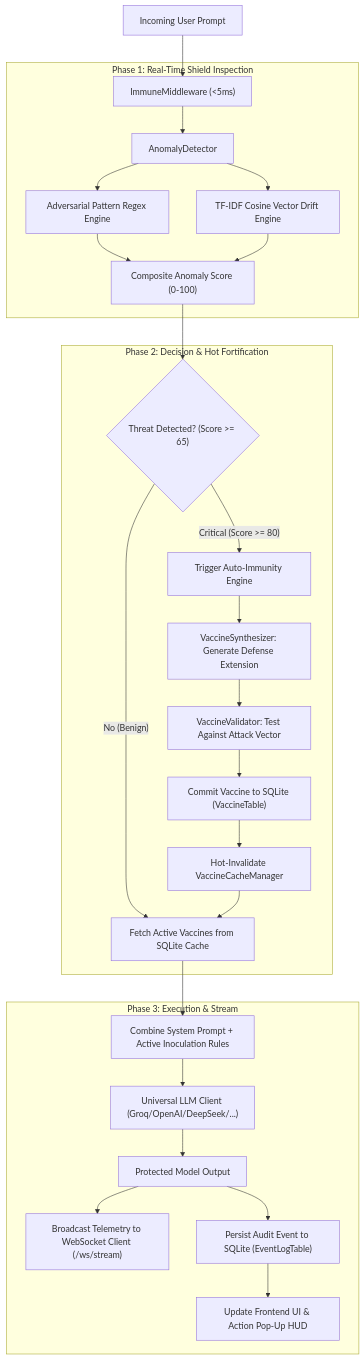
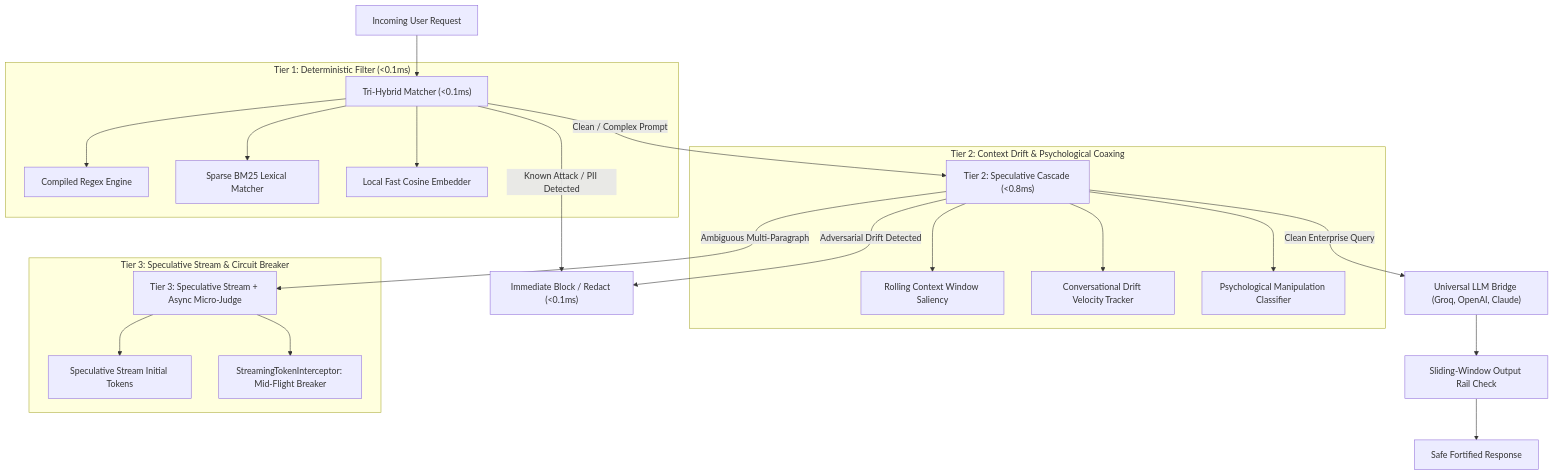
Before and after one commit to pradeepkumar-ai-byte/VaxGuard: the diagram in VAXGUARD_MASTER_PRODUCT_REPORT.md, drawn with Mermaid. The commit also changed other lines of this file and 2 other files, not shown here.

````diff
--- a/VAXGUARD_MASTER_PRODUCT_REPORT.md
+++ b/VAXGUARD_MASTER_PRODUCT_REPORT.md
@@ -42,33 +45,31 @@
 ```mermaid
 flowchart TD
-    UserPrompt["Incoming User Prompt"] --> Middleware["ImmuneMiddleware (<5ms)"]
+    UserPrompt["Incoming User Request"] --> TriHybrid["Tri-Hybrid Matcher (<0.1ms)"]
     
-    subgraph S1["Phase 1: Real-Time Shield Inspection"]
-        Middleware --> Detector["AnomalyDetector"]
-        Detector --> Heuristics["Adversarial Pattern Regex Engine"]
-        Detector --> VectorDrift["TF-IDF Cosine Vector Drift Engine"]
-        Heuristics --> AnomalyScore["Composite Anomaly Score (0-100)"]
-        VectorDrift --> AnomalyScore
+    subgraph S1["Tier 1: Deterministic Filter (<0.1ms)"]
+        TriHybrid --> RegexEng["Compiled Regex Engine"]
+        TriHybrid --> BM25["Sparse BM25 Lexical Matcher"]
+        TriHybrid --> FastVec["Local Fast Cosine Embedder"]
     end
-
-    subgraph S2["Phase 2: Decision & Hot Fortification"]
-        AnomalyScore --> ThresholdCheck{"Threat Detected? (Score >= 65)"}
-        ThresholdCheck -- "No (Benign)" --> CacheLookup["Fetch Active Vaccines from SQLite Cache"]
-        ThresholdCheck -- "Critical (Score >= 80)" --> AutoImmunity["Trigger Auto-Immunity Engine"]
-        
-        AutoImmunity --> Synthesizer["VaccineSynthesizer: Generate Defense Extension"]
-        Synthesizer --> Validator["VaccineValidator: Test Against Attack Vector"]
-        Validator --> DBCommit["Commit Vaccine to SQLite (VaccineTable)"]
-        DBCommit --> CacheInvalidate["Hot-Invalidate VaccineCacheManager"]
-        CacheInvalidate --> CacheLookup
+    
+    TriHybrid -- "Known Attack / PII Detected" --> Block["Immediate Block / Redact (<0.1ms)"]
+    TriHybrid -- "Clean / Complex Prompt" --> DriftAnalyzer["Tier 2: Speculative Cascade (<0.8ms)"]
+    
+    subgraph S2["Tier 2: Context Drift & Psychological Coaxing"]
+        DriftAnalyzer --> RollingWindow["Rolling Context Window Saliency"]
+        DriftAnalyzer --> DriftVel["Conversational Drift Velocity Tracker"]
+        DriftAnalyzer --> TacticDetect["Psychological Manipulation Classifier"]
     end
-
-    subgraph S3["Phase 3: Execution & Stream"]
-        CacheLookup --> FortifiedPrompt["Combine System Prompt + Active Inoculation Rules"]
-        FortifiedPrompt --> LLMClient["Universal LLM Client (Groq/OpenAI/DeepSeek/...)"]
-        LLMClient --> ModelOutput["Protected Model Output"]
-        ModelOutput --> WebSocketStream["Broadcast Telemetry to WebSocket Client (/ws/stream)"]
-        ModelOutput --> EventLog["Persist Audit Event to SQLite (EventLogTable)"]
-        EventLog --> ResponseHUD["Update Frontend UI & Action Pop-Up HUD"]
+    
+    DriftAnalyzer -- "Adversarial Drift Detected" --> Block
+    DriftAnalyzer -- "Ambiguous Multi-Paragraph" --> SpeculativeJudge["Tier 3: Speculative Stream + Async Micro-Judge"]
+    
+    subgraph S3["Tier 3: Speculative Stream & Circuit Breaker"]
+        SpeculativeJudge --> StreamOut["Speculative Stream Initial Tokens"]
+        SpeculativeJudge --> CircuitBreaker["StreamingTokenInterceptor: Mid-Flight Breaker"]
     end
+    
+    DriftAnalyzer -- "Clean Enterprise Query" --> LLMBridge["Universal LLM Bridge (Groq, OpenAI, Claude)"]
+    LLMBridge --> OutInterceptor["Sliding-Window Output Rail Check"]
+    OutInterceptor --> FinalResponse["Safe Fortified Response"]
 ```
````
